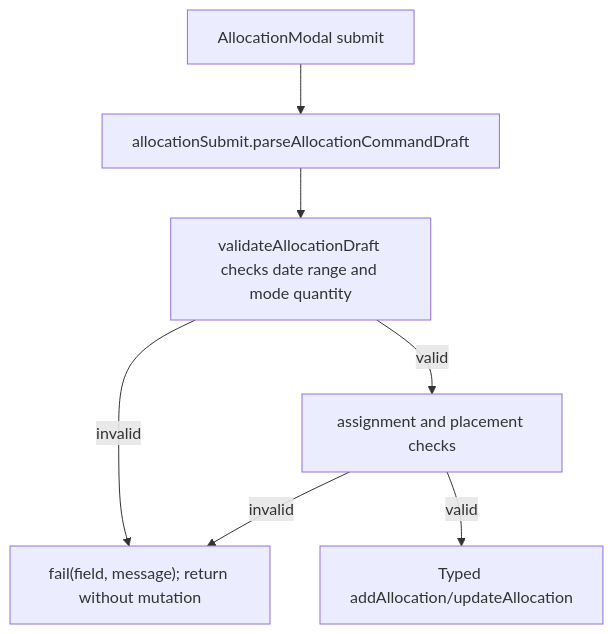
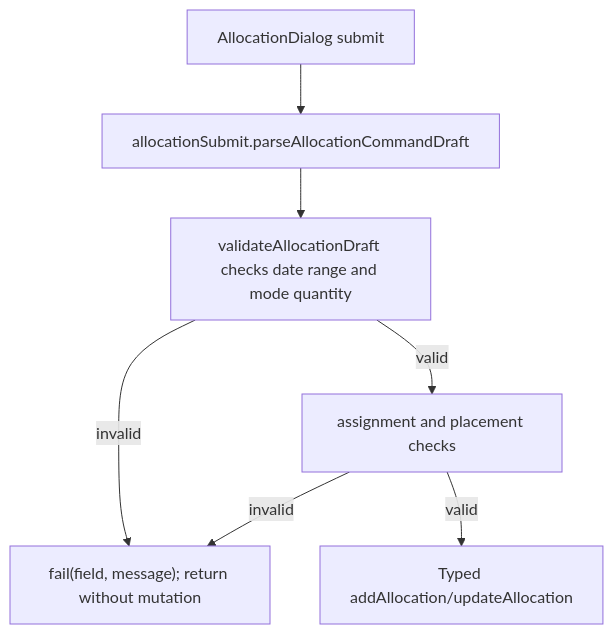
Before and after one commit to Kevinjohn/capacitylens: the second of 2 diagrams in user-stories/allocation/US-ALL-08-validation.md, drawn with Mermaid. The commit also changed other lines of this file and 47 other files, not shown here.

First line of the commit message:
Allocation dialog: rename allocation modal files and types

````diff
--- a/user-stories/allocation/US-ALL-08-validation.md
+++ b/user-stories/allocation/US-ALL-08-validation.md
@@ -46,9 +46,9 @@
 ```mermaid
 flowchart TD
-  A["AllocationModal submit"] --> B["allocationSubmit.parseAllocationCommandDraft"]
+  A["AllocationDialog submit"] --> B["allocationSubmit.parseAllocationCommandDraft"]
   B --> C["validateAllocationDraft checks date range and mode quantity"]
   C -->|invalid| D["fail(field, message); return without mutation"]
   C -->|valid| E["assignment and placement checks"]
   E -->|valid| F["Typed addAllocation/updateAllocation"]
   E -->|invalid| D
 ```
````
